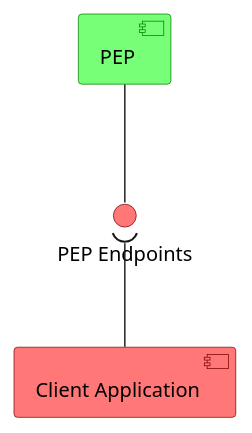
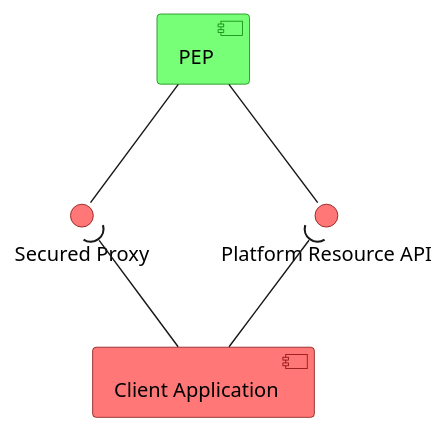
The diagram in docs/03.user-management/include/pep-provided-interfaces.wsd (EOEPCA/master-system-icd), drawn with PlantUML before and after one commit. The commit also changed 6 other files, not shown here.

Commit message:
EOEPCA-149 user profile diagrams

```diff
--- a/docs/03.user-management/include/pep-provided-interfaces.wsd
+++ b/docs/03.user-management/include/pep-provided-interfaces.wsd
@@ -1,28 +1,32 @@
 @startuml component
 
 hide stereotype
 
 component PEP <<pep>>
-() "PEP Endpoints" as pependpoints <<provided>>
+() "Platform Resource API" as pependpoints <<provided>>
+() "Secured Proxy" as secured_proxy <<provided>>
+
 PEP -down- pependpoints
+PEP -down- secured_proxy
 
 component "Client Application" as client <<consumer>>
 client -up-( pependpoints
+client -up-( secured_proxy
 
   
 skinparam component<<pep>> {
     BackgroundColor #77ff77
     BorderColor #007700
 }
 
 skinparam interface<<provided>> {
     BackgroundColor #ff7777
     BorderColor #770000
 }
 
 skinparam component<<consumer>> {
     BackgroundColor #ff7777
     BorderColor #770000
 }
 
 @enduml
```
